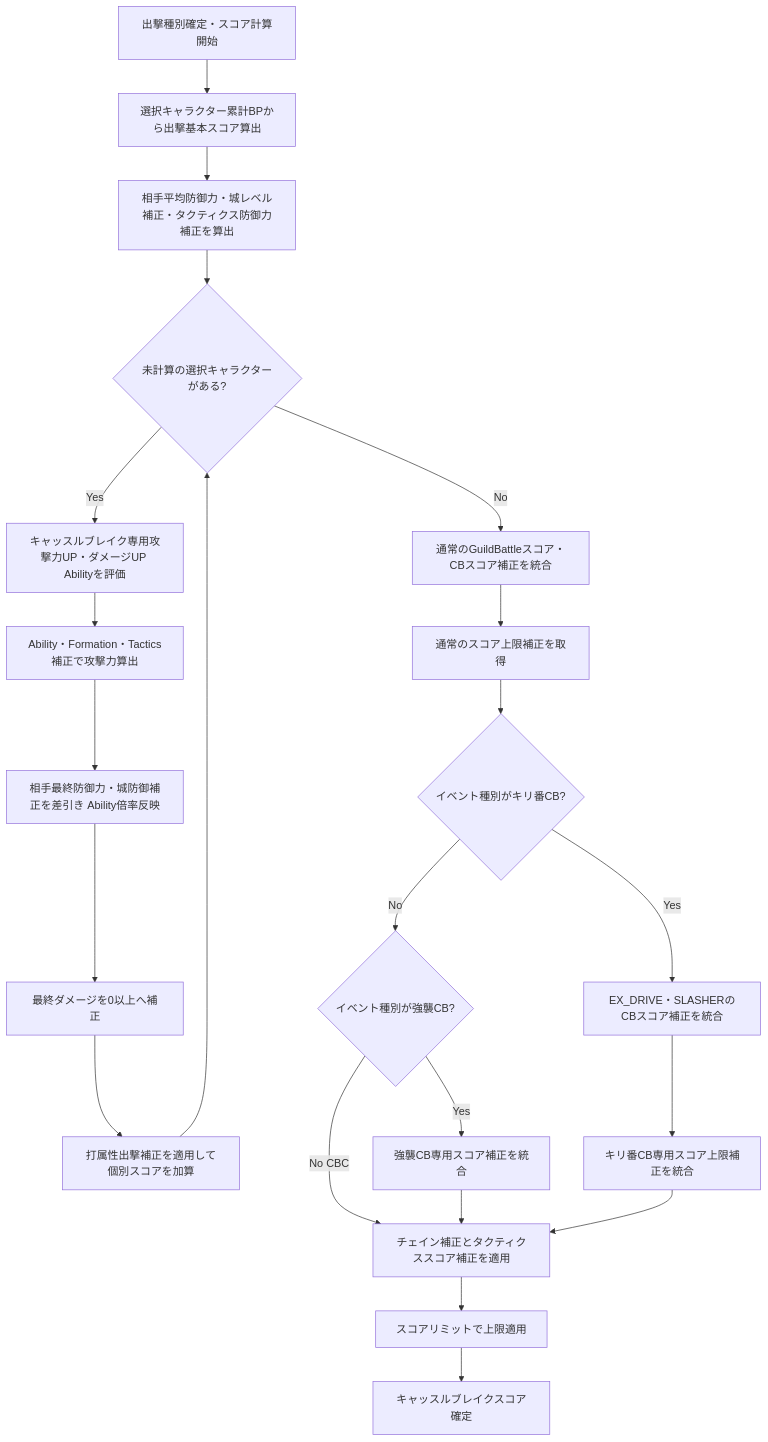
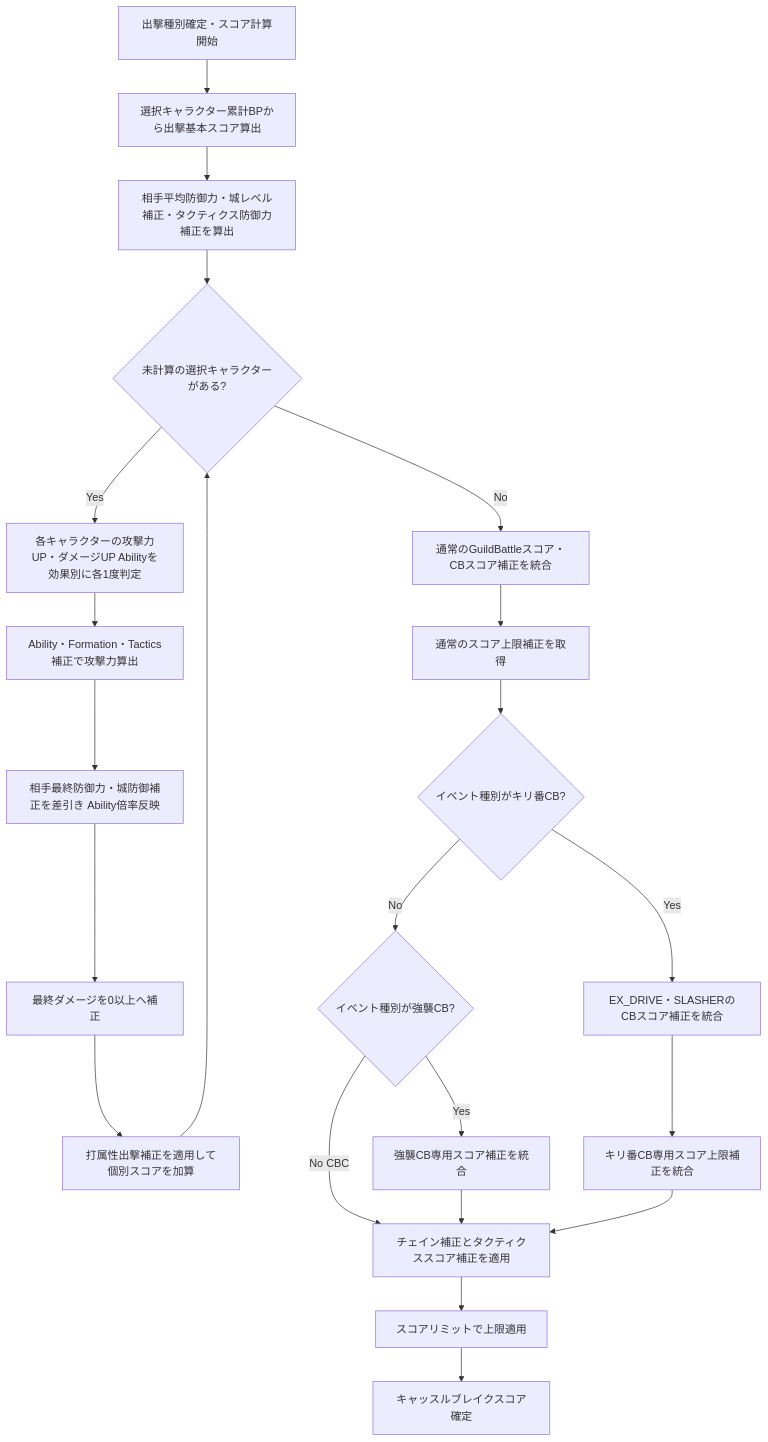
One commit to ReHydrangeaOdyssey/Specifications changed the second of 4 diagrams in design/game/guild_battle.md. Above: the diagram before and after it, drawn with Mermaid. The commit also changed 21 other files, not shown here.

````diff
--- a/design/game/guild_battle.md
+++ b/design/game/guild_battle.md
@@ -70,24 +70,24 @@
 ```mermaid
 flowchart TD
     Start[出撃種別確定・スコア計算開始] --> Basic[選択キャラクター累計BPから出撃基本スコア算出]
     Basic --> Enemy[相手平均防御力・城レベル補正・タクティクス防御力補正を算出]
     Enemy --> Loop{未計算の選択キャラクターがある?}
-    Loop -->|Yes| Ability[キャッスルブレイク専用攻撃力UP・ダメージUP Abilityを評価]
+    Loop -->|Yes| Ability[各キャラクターの攻撃力UP・ダメージUP Abilityを効果別に各1度判定]
     Ability --> Attack[Ability・Formation・Tactics補正で攻撃力算出]
     Attack --> Damage[相手最終防御力・城防御補正を差引き Ability倍率反映]
     Damage --> Clamp[最終ダメージを0以上へ補正]
     Clamp --> Individual[打属性出撃補正を適用して個別スコアを加算]
     Individual --> Loop
     Loop -->|No| BaseTactics[通常のGuildBattleスコア・CBスコア補正を統合]
     BaseTactics --> GeneralLimit[通常のスコア上限補正を取得]
     GeneralLimit --> Numbered{イベント種別がキリ番CB?}
     Numbered -->|Yes| NumberedTactics[EX_DRIVE・SLASHERのCBスコア補正を統合]
     NumberedTactics --> NumberedLimit[キリ番CB専用スコア上限補正を統合]
     Numbered -->|No| Assault{イベント種別が強襲CB?}
     Assault -->|Yes| AssaultTactics[強襲CB専用スコア補正を統合]
     Assault -->|No CBC| Score[チェイン補正とタクティクススコア補正を適用]
     AssaultTactics --> Score
     NumberedLimit --> Score
     Score --> Limit[スコアリミットで上限適用]
     Limit --> End[キャッスルブレイクスコア確定]
 ```
````
